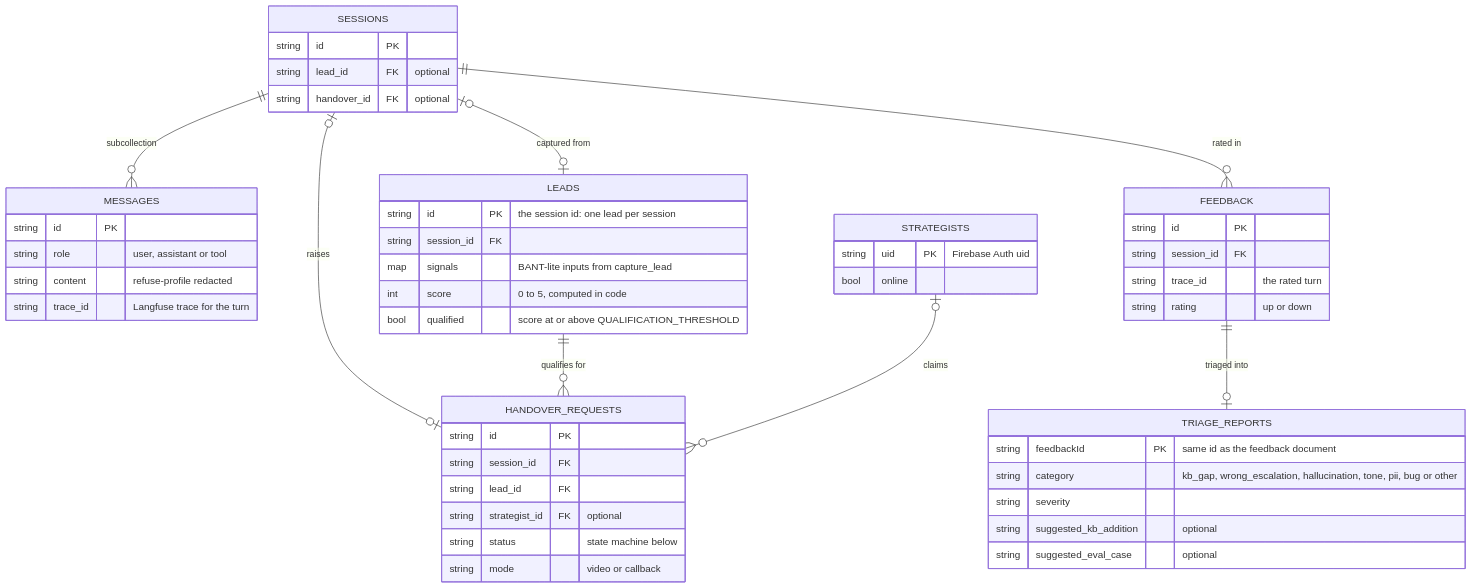
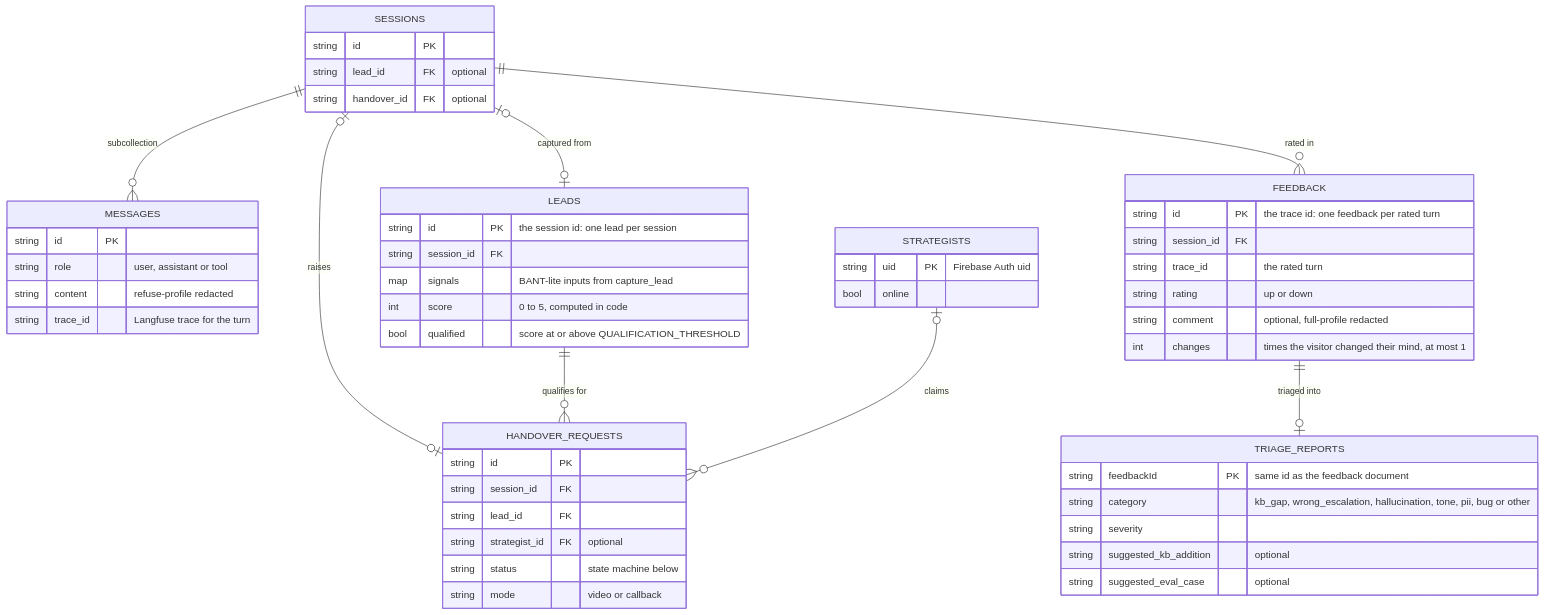
Before and after one commit to gsbecerrag/cadre-ai-challenge: the sixth of 7 diagrams in docs/architecture.md, drawn with Mermaid. The commit also changed other lines of this file and 9 other files, not shown here.

````diff
--- a/docs/architecture.md
+++ b/docs/architecture.md
@@ -182,53 +185,55 @@
 ```mermaid
 erDiagram
   SESSIONS ||--o{ MESSAGES : "subcollection"
   SESSIONS |o--o| LEADS : "captured from"
   SESSIONS |o--o| HANDOVER_REQUESTS : "raises"
   LEADS ||--o{ HANDOVER_REQUESTS : "qualifies for"
   STRATEGISTS |o--o{ HANDOVER_REQUESTS : "claims"
   SESSIONS ||--o{ FEEDBACK : "rated in"
   FEEDBACK ||--o| TRIAGE_REPORTS : "triaged into"
   SESSIONS {
     string id PK
     string lead_id FK "optional"
     string handover_id FK "optional"
   }
   MESSAGES {
     string id PK
     string role "user, assistant or tool"
     string content "refuse-profile redacted"
     string trace_id "Langfuse trace for the turn"
   }
   LEADS {
     string id PK "the session id: one lead per session"
     string session_id FK
     map signals "BANT-lite inputs from capture_lead"
     int score "0 to 5, computed in code"
     bool qualified "score at or above QUALIFICATION_THRESHOLD"
   }
   HANDOVER_REQUESTS {
     string id PK
     string session_id FK
     string lead_id FK
     string strategist_id FK "optional"
     string status "state machine below"
     string mode "video or callback"
   }
   STRATEGISTS {
     string uid PK "Firebase Auth uid"
     bool online
   }
   FEEDBACK {
-    string id PK
+    string id PK "the trace id: one feedback per rated turn"
     string session_id FK
     string trace_id "the rated turn"
     string rating "up or down"
+    string comment "optional, full-profile redacted"
+    int changes "times the visitor changed their mind, at most 1"
   }
   TRIAGE_REPORTS {
     string feedbackId PK "same id as the feedback document"
     string category "kb_gap, wrong_escalation, hallucination, tone, pii, bug or other"
     string severity
     string suggested_kb_addition "optional"
     string suggested_eval_case "optional"
   }
 ```
````
